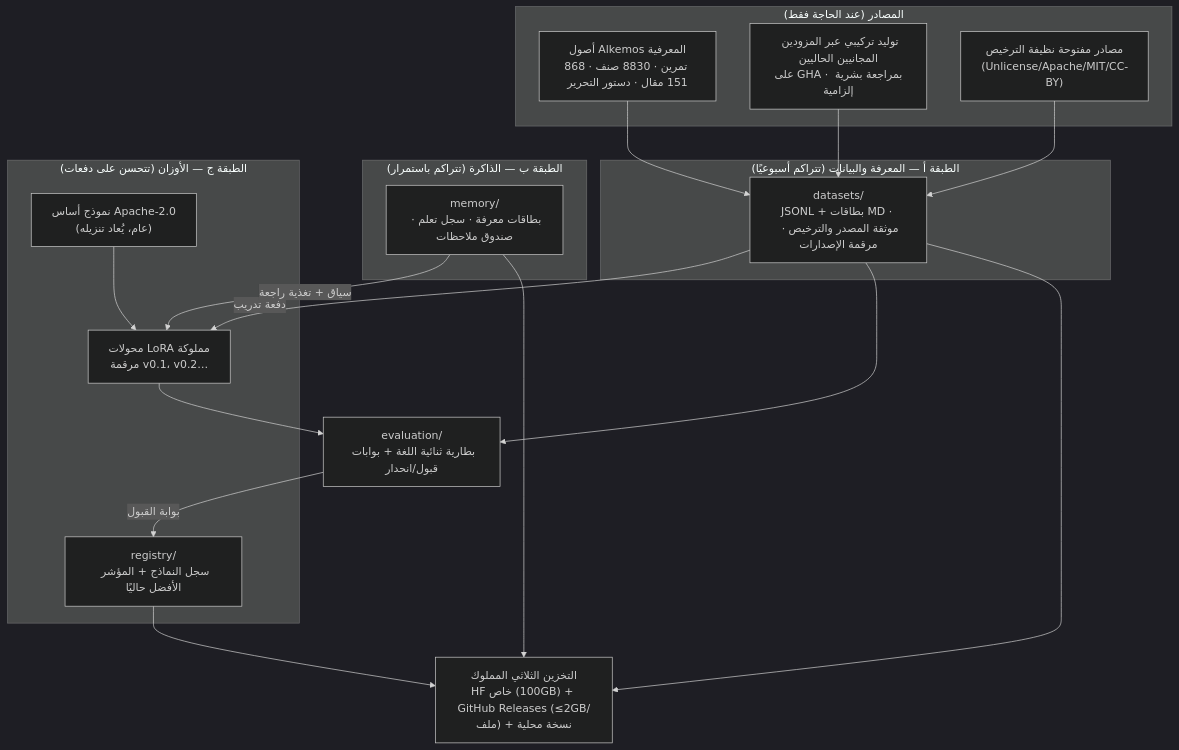
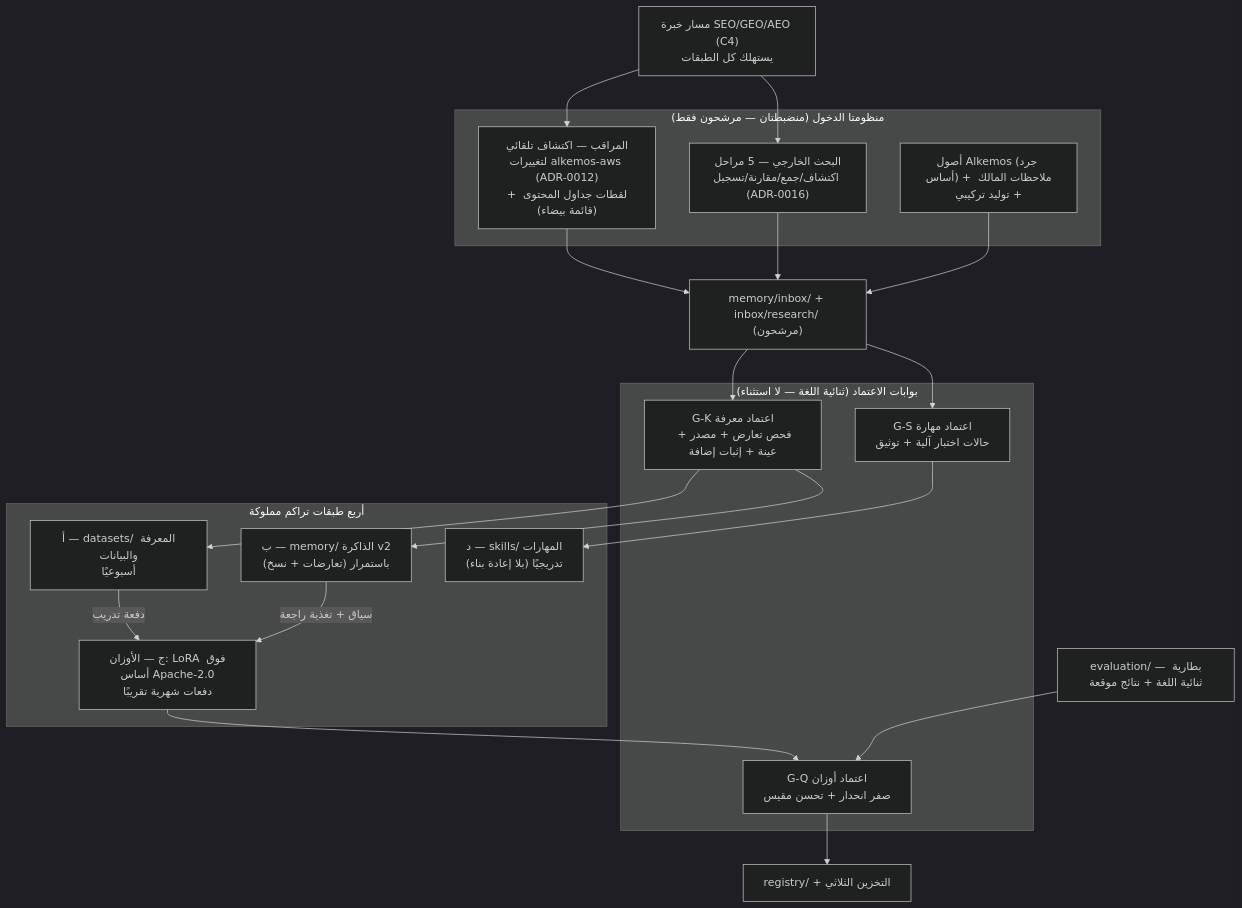
Before and after one commit to muscleshubfit-cpu/AlkemosAI: the diagram in PLAN.md, drawn with Mermaid (dark theme). The commit also changed other lines of this file and 23 other files, not shown here.

First line of the commit message:
docs(v2.1): مراجعة الخطة الشاملة وفق توضيحات المالك التسع (وثائق فقط — لا تدريب ولا تشغيل ولا التزام مالي)

````diff
--- a/PLAN.md
+++ b/PLAN.md
@@ -115,34 +143,37 @@
 ```mermaid
 graph TD
-  subgraph SRC["المصادر (عند الحاجة فقط)"]
-    ALK["أصول Alkemos المعرفية<br/>868 تمرين · 8830 صنف · 151 مقال · دستور التحرير"]
-    SYN["توليد تركيبي عبر المزودين المجانيين الحاليين<br/>على GHA · بمراجعة بشرية إلزامية"]
-    OPEN["مصادر مفتوحة نظيفة الترخيص<br/>(Unlicense/Apache/MIT/CC-BY)"]
+  subgraph IN["منظومتا الدخول (منضبطتان — مرشحون فقط)"]
+    WATCH["المراقب — اكتشاف تلقائي<br/>لتغييرات alkemos-aws (ADR-0012)<br/>+ لقطات جداول المحتوى (قائمة بيضاء)"]
+    RES["البحث الخارجي — 5 مراحل<br/>اكتشاف/جمع/مقارنة/تسجيل (ADR-0016)"]
+    ALK["أصول Alkemos (جرد أساس) + ملاحظات المالك + توليد تركيبي"]
   end
-  subgraph A["الطبقة أ — المعرفة والبيانات (تتراكم أسبوعيًا)"]
-    DS["datasets/<br/>JSONL + بطاقات MD · موثقة المصدر والترخيص · مرقمة الإصدارات"]
+  subgraph GATES["بوابات الاعتماد (ثنائية اللغة — لا استثناء)"]
+    GK["G-K اعتماد معرفة<br/>فحص تعارض + مصدر + عينة + إثبات إضافة"]
+    GS["G-S اعتماد مهارة<br/>حالات اختبار آلية + توثيق"]
+    GQ["G-Q اعتماد أوزان<br/>صفر انحدار + تحسن مقيس"]
   end
-  subgraph B["الطبقة ب — الذاكرة (تتراكم باستمرار)"]
-    MEM["memory/<br/>بطاقات معرفة · سجل تعلم · صندوق ملاحظات"]
+  subgraph L["أربع طبقات تراكم مملوكة"]
+    DS["أ — datasets/ المعرفة والبيانات<br/>أسبوعيًا"]
+    MEM["ب — memory/ الذاكرة v2<br/>باستمرار (تعارضات + نسخ)"]
+    SK["د — skills/ المهارات<br/>تدريجيًا (بلا إعادة بناء)"]
+    W["ج — الأوزان: LoRA فوق أساس Apache-2.0<br/>دفعات شهرية تقريبًا"]
   end
-  subgraph C["الطبقة ج — الأوزان (تتحسن على دفعات)"]
-    BASE["نموذج أساس Apache-2.0<br/>(عام، يُعاد تنزيله)"]
-    LORA["محولات LoRA مملوكة<br/>مرقمة v0.1، v0.2…"]
-    REG["registry/<br/>سجل النماذج + المؤشر الأفضل حاليًا"]
-  end
-  EVAL["evaluation/<br/>بطارية ثنائية اللغة + بوابات قبول/انحدار"]
-  STORE["التخزين الثلاثي المملوك<br/>HF خاص (100GB) + GitHub Releases (≤2GB/ملف) + نسخة محلية"]
+  EVAL["evaluation/ — بطارية ثنائية اللغة + نتائج موقعة"]
+  SEO["مسار خبرة SEO/GEO/AEO (C4)<br/>يستهلك كل الطبقات"]
 
-  ALK --> DS
-  SYN --> DS
-  OPEN --> DS
-  DS -->|"دفعة تدريب"| LORA
-  MEM -->|"سياق + تغذية راجعة"| LORA
-  BASE --> LORA
-  LORA --> EVAL
-  DS --> EVAL
-  EVAL -->|"بوابة القبول"| REG
-  REG --> STORE
-  DS --> STORE
-  MEM --> STORE
+  WATCH --> IN2["memory/inbox/ + inbox/research/ (مرشحون)"]
+  RES --> IN2
+  ALK --> IN2
+  IN2 --> GK
+  IN2 --> GS
+  GK --> DS
+  GK --> MEM
+  GS --> SK
+  DS -->|دفعة تدريب| W
+  MEM -->|سياق + تغذية راجعة| W
+  W --> GQ
+  EVAL --> GQ
+  GQ --> REG["registry/ + التخزين الثلاثي"]
+  SEO --> WATCH
+  SEO --> RES
 ```
````
